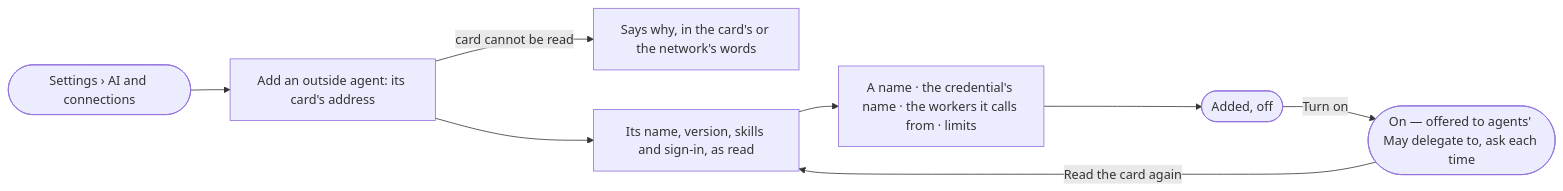
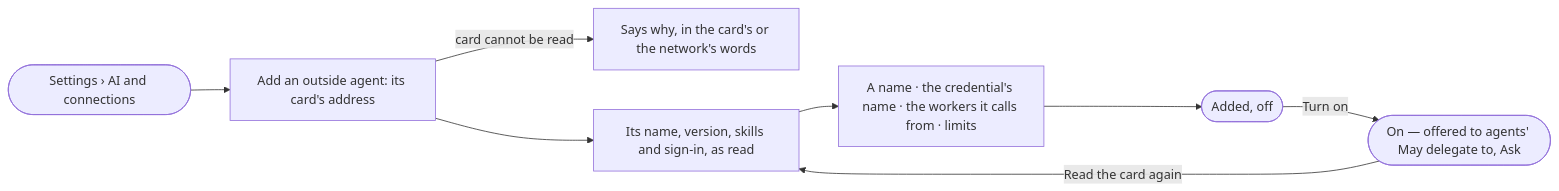
The diagram in specs/products/agents/features/AG-F05-delegation-and-outside-agents/stories/AG-33-add-an-outside-agent-by-its-card/story.md (invana/invana), drawn with Mermaid before and after one commit. The commit also changed other lines of this file and 425 other files, not shown here.

````diff
--- a/specs/products/agents/features/AG-F05-delegation-and-outside-agents/stories/AG-33-add-an-outside-agent-by-its-card/story.md
+++ b/specs/products/agents/features/AG-F05-delegation-and-outside-agents/stories/AG-33-add-an-outside-agent-by-its-card/story.md
@@ -26,10 +26,10 @@
 ```mermaid
 flowchart LR
   s([Settings › AI and connections]) --> a["Add an outside agent: its card's address"]
   a -->|card cannot be read| x["Says why, in the card's or the network's words"]
   a --> c["Its name, version, skills and sign-in, as read"]
   c --> n["A name · the credential's name · the workers it calls from · limits"]
   n --> off(["Added, off"])
-  off -->|Turn on| on(["On — offered to agents' May delegate to, ask each time"])
+  off -->|Turn on| on(["On — offered to agents' May delegate to, Ask"])
   on -->|Read the card again| c
 ```
````
